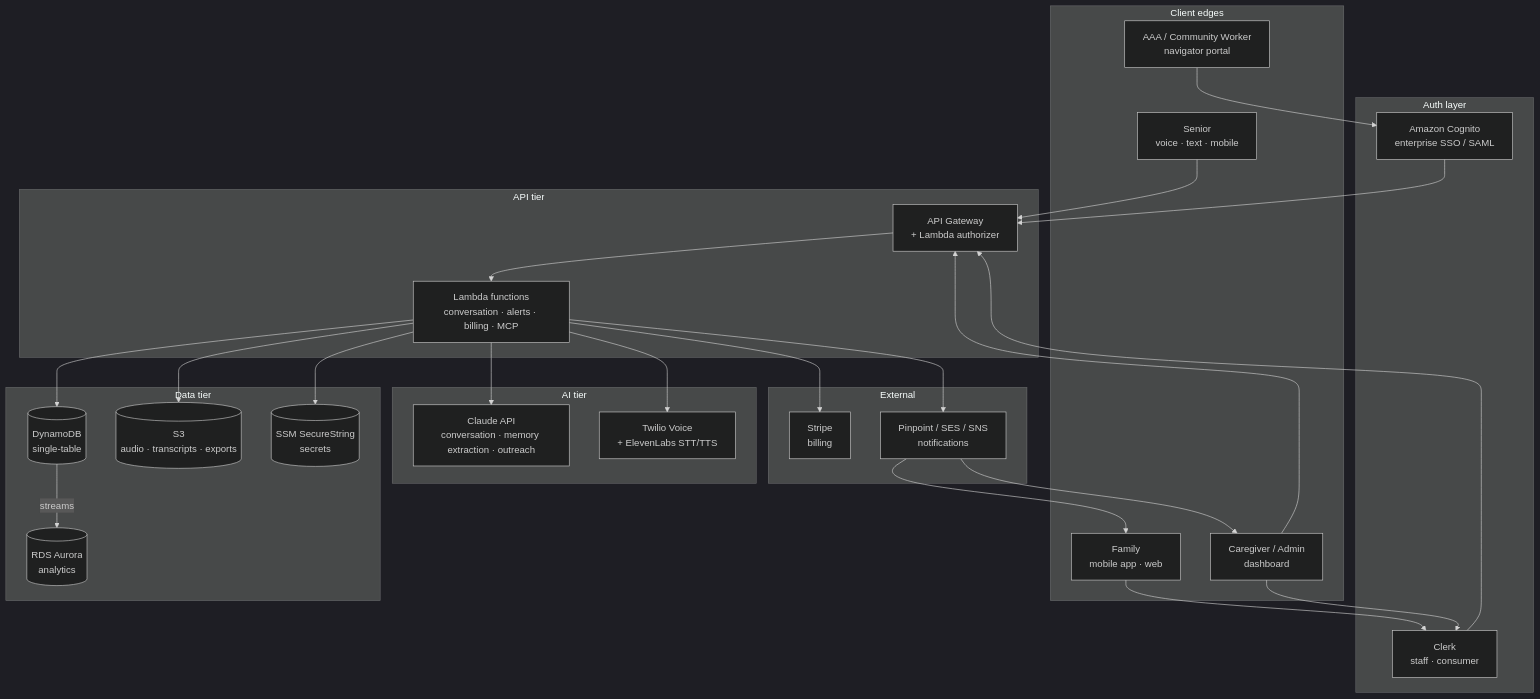
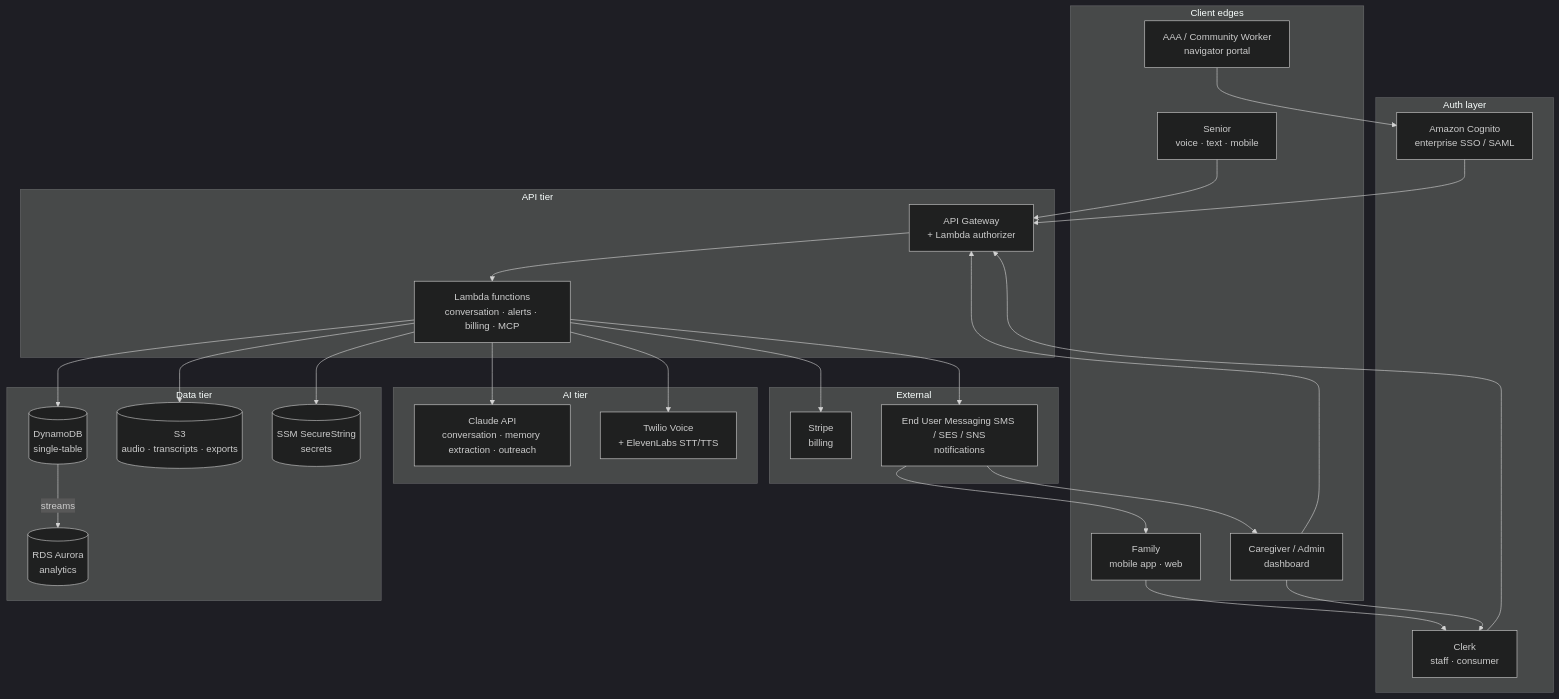
One commit to dougdevitre/access-for-seniors changed the first of 4 diagrams in docs/architecture.md. Above: the diagram before and after it, drawn with Mermaid (dark theme). The commit also changed 7 other files, not shown here.

First line of the commit message:
Replace Amazon Pinpoint with End User Messaging SMS; drop retired Sonnet 4 ID

````diff
--- a/docs/architecture.md
+++ b/docs/architecture.md
@@ -7,55 +7,55 @@
 ```mermaid
 flowchart TB
     subgraph Edges["Client edges"]
         Senior["Senior<br/>voice · text · mobile"]
         Family["Family<br/>mobile app · web"]
         Staff["Caregiver / Admin<br/>dashboard"]
         Nav["AAA / Community Worker<br/>navigator portal"]
     end
 
     subgraph Auth["Auth layer"]
         Clerk["Clerk<br/>staff · consumer"]
         Cognito["Amazon Cognito<br/>enterprise SSO / SAML"]
     end
 
     subgraph API["API tier"]
         Gateway["API Gateway<br/>+ Lambda authorizer"]
         Lambdas["Lambda functions<br/>conversation · alerts · billing · MCP"]
     end
 
     subgraph AI["AI tier"]
         Claude["Claude API<br/>conversation · memory extraction · outreach"]
         Voice["Twilio Voice<br/>+ ElevenLabs STT/TTS"]
     end
 
     subgraph Data["Data tier"]
         DDB[("DynamoDB<br/>single-table")]
         Aurora[("RDS Aurora<br/>analytics")]
         S3[("S3<br/>audio · transcripts · exports")]
         SSM[("SSM SecureString<br/>secrets")]
     end
 
     subgraph Ext["External"]
         Stripe["Stripe<br/>billing"]
-        Pinpoint["Pinpoint / SES / SNS<br/>notifications"]
+        Messaging["End User Messaging SMS / SES / SNS<br/>notifications"]
     end
 
     Senior --> Gateway
     Family --> Clerk --> Gateway
     Staff --> Clerk
     Nav --> Cognito --> Gateway
     Staff --> Gateway
 
     Gateway --> Lambdas
     Lambdas --> Claude
     Lambdas --> Voice
     Lambdas --> DDB
     Lambdas --> S3
     Lambdas --> SSM
 
     DDB -- "streams" --> Aurora
     Lambdas --> Stripe
-    Lambdas --> Pinpoint
-    Pinpoint --> Family
-    Pinpoint --> Staff
+    Lambdas --> Messaging
+    Messaging --> Family
+    Messaging --> Staff
 ```
````
